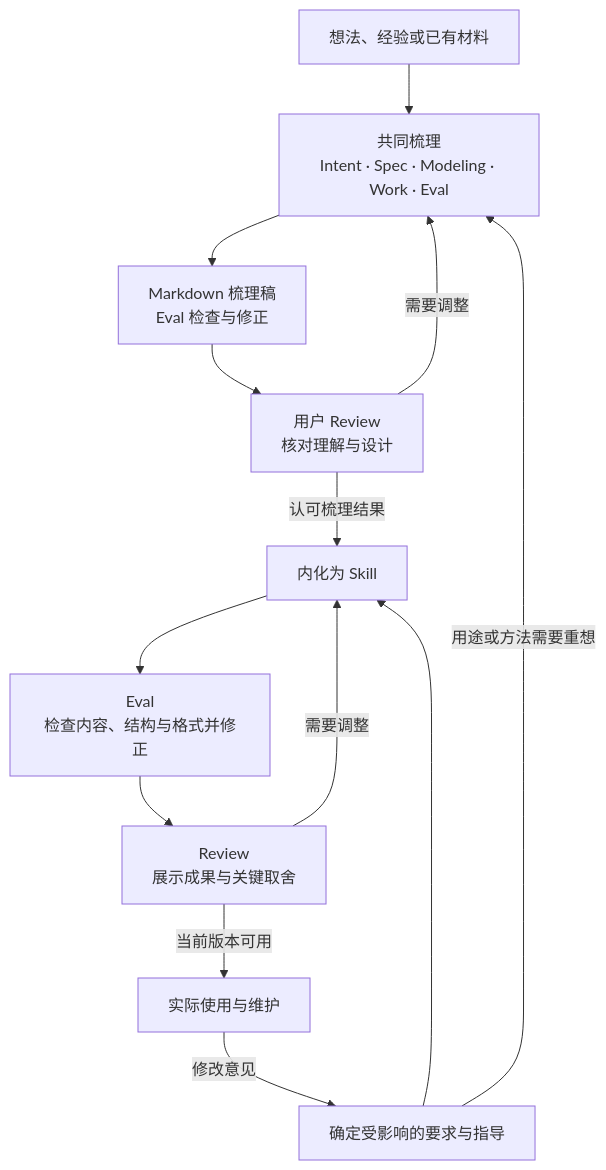
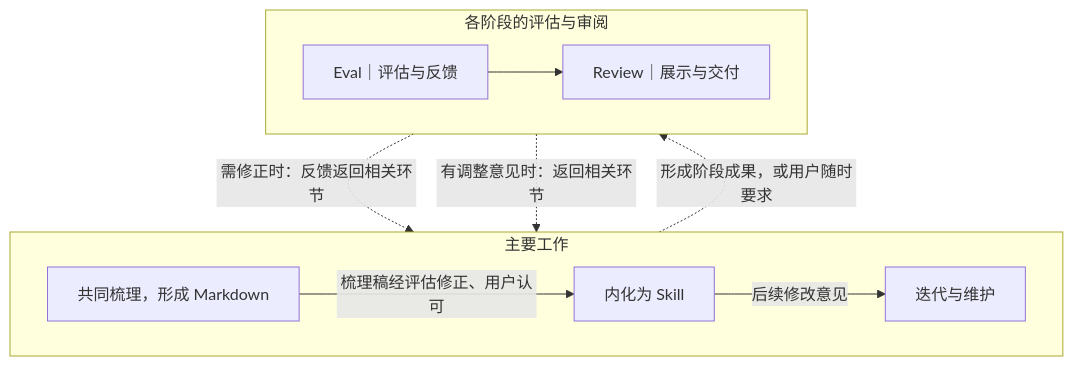
The diagram in history/thought-to-skill/重写方案.md (Super-DDD/daiyu-personal-skills), drawn with Mermaid before and after one commit. The commit also changed other lines of this file and 1 other file, not shown here.

Commit message:
fix(thought-to-skill): align model and make evaluation feedback explicit

````diff
--- a/history/thought-to-skill/重写方案.md
+++ b/history/thought-to-skill/重写方案.md
@@ -51,15 +51,15 @@
 ```mermaid
-flowchart TD
-    A["想法、经验或已有材料"] --> B["共同梳理<br/>Intent · Spec · Modeling · Work · Eval"]
-    B --> C["Markdown 梳理稿<br/>Eval 检查与修正"]
-    C --> D["用户 Review<br/>核对理解与设计"]
-    D -->|需要调整| B
-    D -->|认可梳理结果| E["内化为 Skill"]
-    E --> F["Eval<br/>检查内容、结构与格式并修正"]
-    F --> G["Review<br/>展示成果与关键取舍"]
-    G -->|需要调整| E
-    G -->|当前版本可用| H["实际使用与维护"]
-    H -->|修改意见| J["确定受影响的要求与指导"]
-    J --> E
-    J -->|用途或方法需要重想| B
+flowchart TB
+    subgraph W["主要工作"]
+        direction LR
+        A["共同梳理，形成 Markdown"] -->|"梳理稿经评估修正、用户认可"| B["内化为 Skill"]
+        B -->|"后续修改意见"| C["迭代与维护"]
+    end
+    subgraph Q["各阶段的评估与审阅"]
+        direction LR
+        E["Eval｜评估与反馈"] --> R["Review｜展示与交付"]
+    end
+    W -.->|"形成阶段成果，或用户随时要求"| Q
+    E -.->|"需修正时：反馈返回相关环节"| W
+    R -.->|"有调整意见时：返回相关环节"| W
 ```
````
